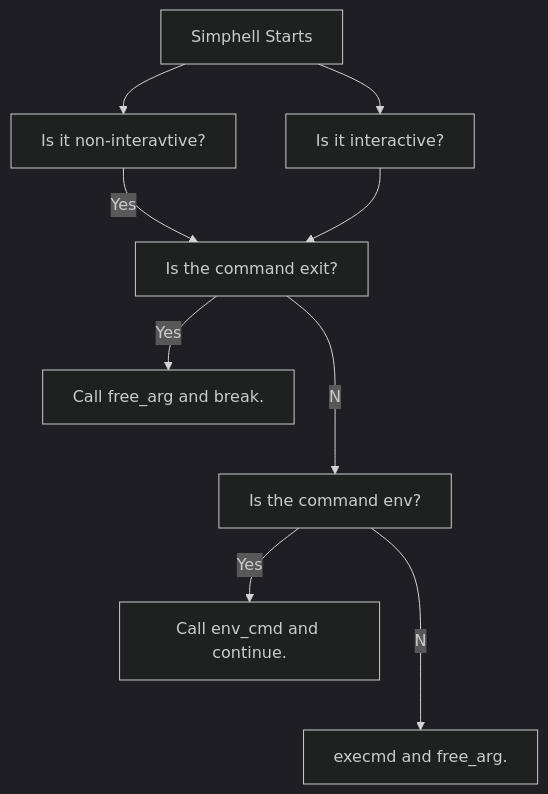
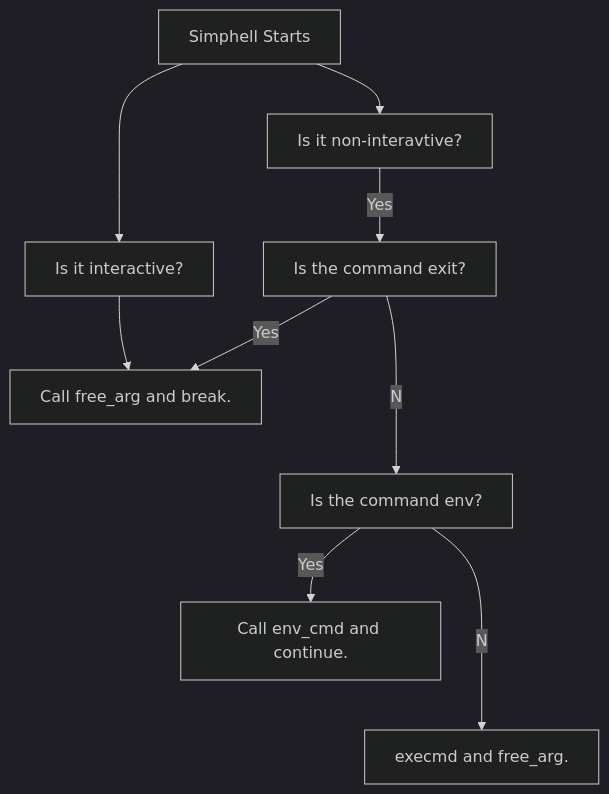
One commit to LeeWest89/MySuperRepo changed the diagram in README.md. Above: the diagram before and after it, drawn with Mermaid (dark theme).

````diff
--- a/README.md
+++ b/README.md
@@ -2,11 +2,11 @@
 ```mermaid
 flowchart TD;
   A[Simphell Starts]-->B[Is it interactive?];
   A-->C[Is it non-interavtive?];
   C--Yes-->D[Is the command exit?];
   D--Yes-->E[Call free_arg and break.];
   D--No-->F[Is the command env?];
   F--Yes-->G[Call env_cmd and continue.];
-  F--No-->H["execmd and free_arg."];
-  B-->D
+  F--No-->H[execmd and free_arg.];
+  B-->E
 ```
````
